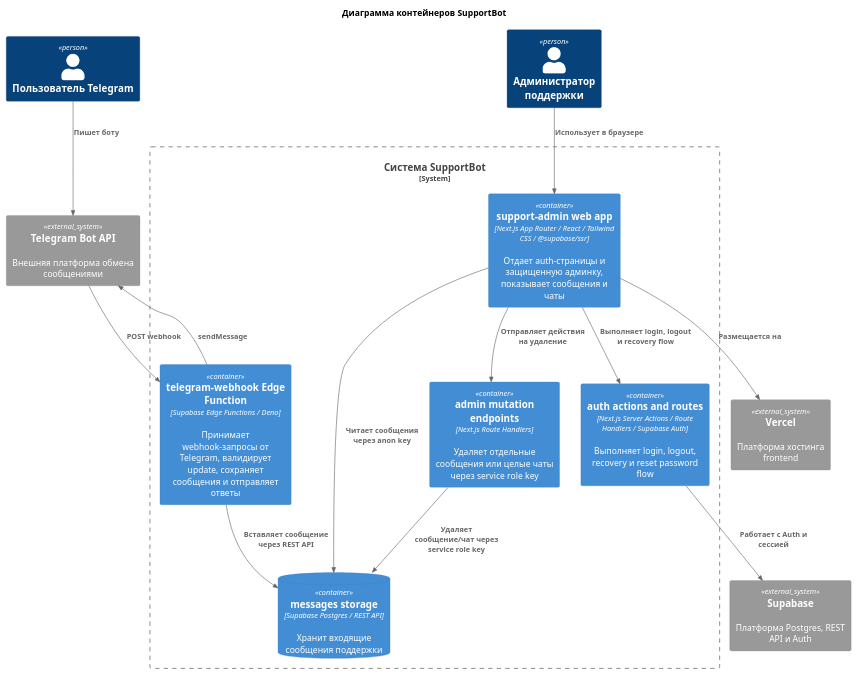
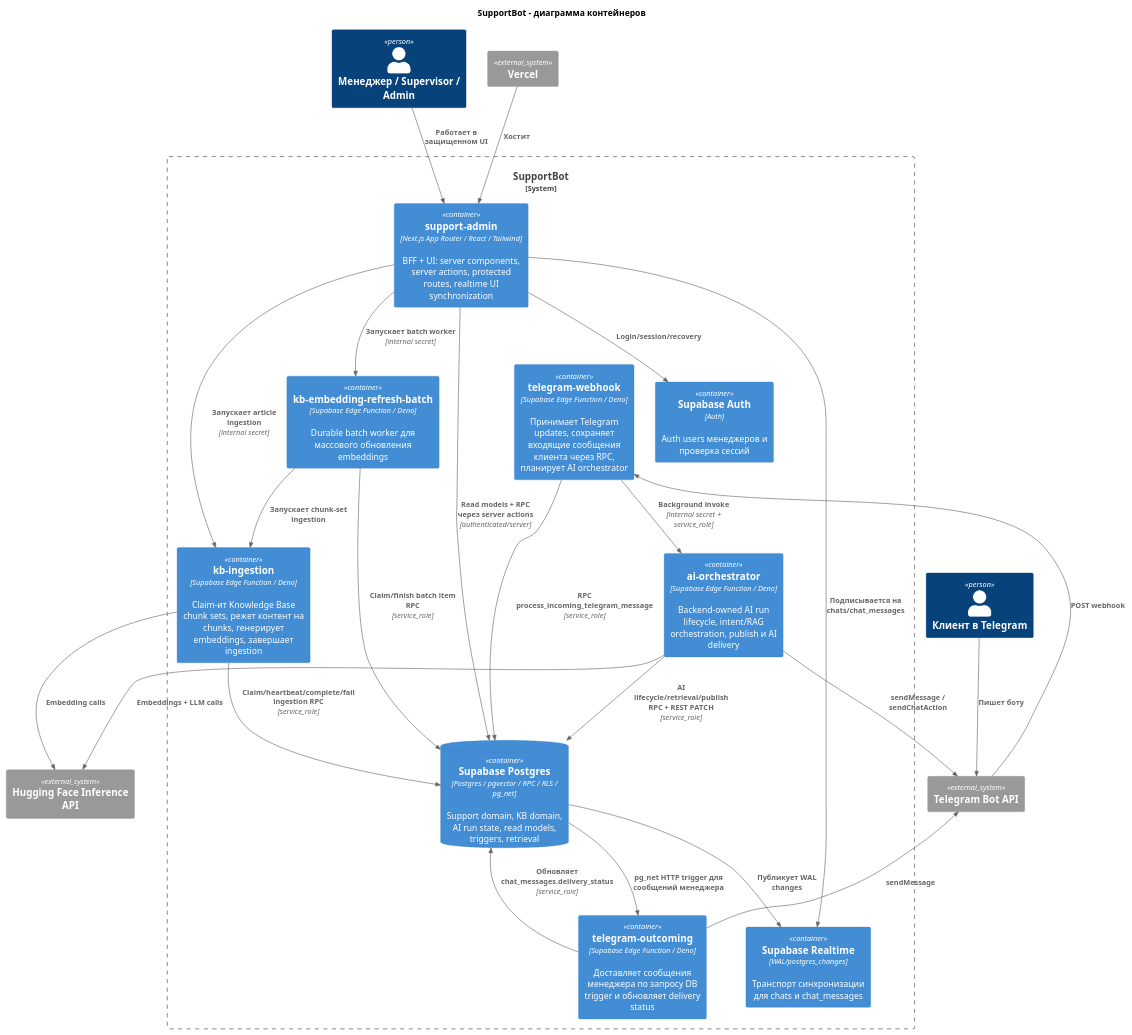
Before and after one commit to AbdulkaevGadel/vibeCodeFS: the diagram in docs/c4/container.puml, drawn with PlantUML. The commit also changed 20 other files, not shown here.

Commit message:
docs(architecture): update ERD and C4 diagrams

```diff
--- a/docs/c4/container.puml
+++ b/docs/c4/container.puml
@@ -1,32 +1,47 @@
 @startuml
 !include https://raw.githubusercontent.com/plantuml-stdlib/C4-PlantUML/master/C4_Container.puml
 
-title Диаграмма контейнеров SupportBot
+title SupportBot - диаграмма контейнеров
 
-Person(telegramUser, "Пользователь Telegram")
-Person(admin, "Администратор поддержки")
-System_Ext(telegramApi, "Telegram Bot API", "Внешняя платформа обмена сообщениями")
-System_Ext(supabase, "Supabase", "Платформа Postgres, REST API и Auth")
-System_Ext(vercel, "Vercel", "Платформа хостинга frontend")
+Person(telegramClient, "Клиент в Telegram")
+Person(manager, "Менеджер / Supervisor / Admin")
+System_Ext(telegramApi, "Telegram Bot API")
+System_Ext(huggingFace, "Hugging Face Inference API")
+System_Ext(vercel, "Vercel")
 
-System_Boundary(system, "Система SupportBot") {
-  Container(edgeFn, "telegram-webhook Edge Function", "Supabase Edge Functions / Deno", "Принимает webhook-запросы от Telegram, валидирует update, сохраняет сообщения и отправляет ответы")
-  ContainerDb(db, "messages storage", "Supabase Postgres / REST API", "Хранит входящие сообщения поддержки")
-  Container(webApp, "support-admin web app", "Next.js App Router / React / Tailwind CSS / @supabase/ssr", "Отдает auth-страницы и защищенную админку, показывает сообщения и чаты")
-  Container(routeHandlers, "admin mutation endpoints", "Next.js Route Handlers", "Удаляет отдельные сообщения или целые чаты через service role key")
-  Container(authFlow, "auth actions and routes", "Next.js Server Actions / Route Handlers / Supabase Auth", "Выполняет login, logout, recovery и reset password flow")
+System_Boundary(system, "SupportBot") {
+  Container(webApp, "support-admin", "Next.js App Router / React / Tailwind", "BFF + UI: server components, server actions, protected routes, realtime UI synchronization")
+  Container(webhook, "telegram-webhook", "Supabase Edge Function / Deno", "Принимает Telegram updates, сохраняет входящие сообщения клиента через RPC, планирует AI orchestrator")
+  Container(ai, "ai-orchestrator", "Supabase Edge Function / Deno", "Backend-owned AI run lifecycle, intent/RAG orchestration, publish и AI delivery")
+  Container(outcoming, "telegram-outcoming", "Supabase Edge Function / Deno", "Доставляет сообщения менеджера по запросу DB trigger и обновляет delivery status")
+  Container(kbIngestion, "kb-ingestion", "Supabase Edge Function / Deno", "Claim-ит Knowledge Base chunk sets, режет контент на chunks, генерирует embeddings, завершает ingestion")
+  Container(kbBatch, "kb-embedding-refresh-batch", "Supabase Edge Function / Deno", "Durable batch worker для массового обновления embeddings")
+  ContainerDb(db, "Supabase Postgres", "Postgres / pgvector / RPC / RLS / pg_net", "Support domain, KB domain, AI run state, read models, triggers, retrieval")
+  Container(auth, "Supabase Auth", "Auth", "Auth users менеджеров и проверка сессий")
+  Container(realtime, "Supabase Realtime", "WAL/postgres_changes", "Транспорт синхронизации для chats и chat_messages")
 }
 
-Rel(telegramUser, telegramApi, "Пишет боту")
-Rel(telegramApi, edgeFn, "POST webhook")
-Rel(edgeFn, telegramApi, "sendMessage")
-Rel(edgeFn, db, "Вставляет сообщение через REST API")
-Rel(admin, webApp, "Использует в браузере")
-Rel(webApp, authFlow, "Выполняет login, logout и recovery flow")
-Rel(authFlow, supabase, "Работает с Auth и сессией")
-Rel(webApp, db, "Читает сообщения через anon key")
-Rel(webApp, routeHandlers, "Отправляет действия на удаление")
-Rel(routeHandlers, db, "Удаляет сообщение/чат через service role key")
-Rel(webApp, vercel, "Размещается на")
+Rel(telegramClient, telegramApi, "Пишет боту")
+Rel(telegramApi, webhook, "POST webhook")
+Rel(webhook, db, "RPC process_incoming_telegram_message", "service_role")
+Rel(webhook, ai, "Background invoke", "internal secret + service_role")
+Rel(ai, db, "AI lifecycle/retrieval/publish RPC + REST PATCH", "service_role")
+Rel(ai, telegramApi, "sendMessage / sendChatAction")
+Rel(ai, huggingFace, "Embeddings + LLM calls")
+Rel(manager, webApp, "Работает в защищенном UI")
+Rel(webApp, auth, "Login/session/recovery")
+Rel(webApp, db, "Read models + RPC через server actions", "authenticated/server")
+Rel(webApp, kbIngestion, "Запускает article ingestion", "internal secret")
+Rel(webApp, kbBatch, "Запускает batch worker", "internal secret")
+Rel(db, outcoming, "pg_net HTTP trigger для сообщений менеджера")
+Rel(outcoming, telegramApi, "sendMessage")
+Rel(outcoming, db, "Обновляет chat_messages.delivery_status", "service_role")
+Rel(kbIngestion, db, "Claim/heartbeat/complete/fail ingestion RPC", "service_role")
+Rel(kbIngestion, huggingFace, "Embedding calls")
+Rel(kbBatch, db, "Claim/finish batch item RPC", "service_role")
+Rel(kbBatch, kbIngestion, "Запускает chunk-set ingestion")
+Rel(webApp, realtime, "Подписывается на chats/chat_messages")
+Rel(db, realtime, "Публикует WAL changes")
+Rel(vercel, webApp, "Хостит")
 
 @enduml
```
